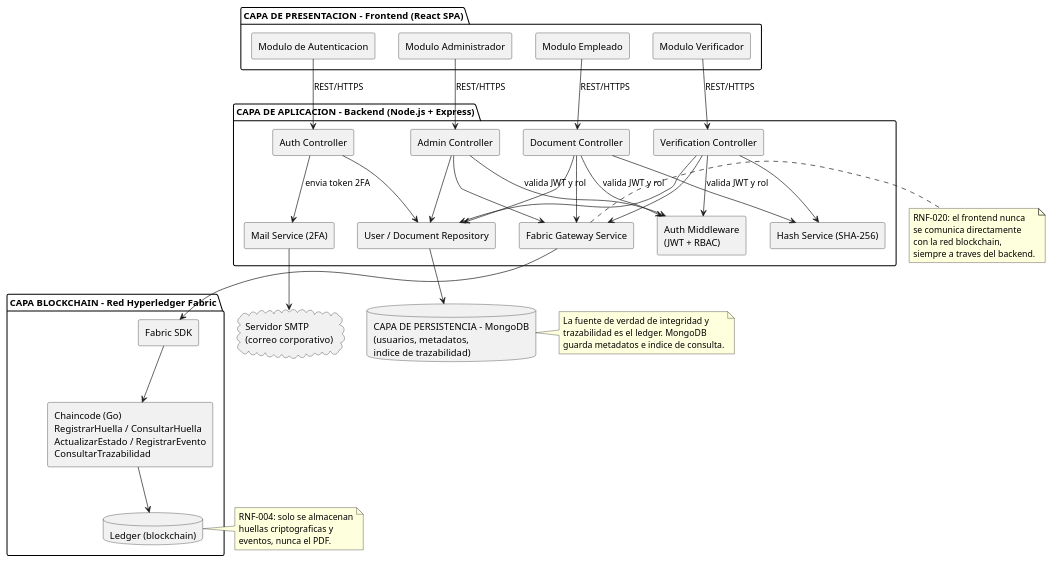
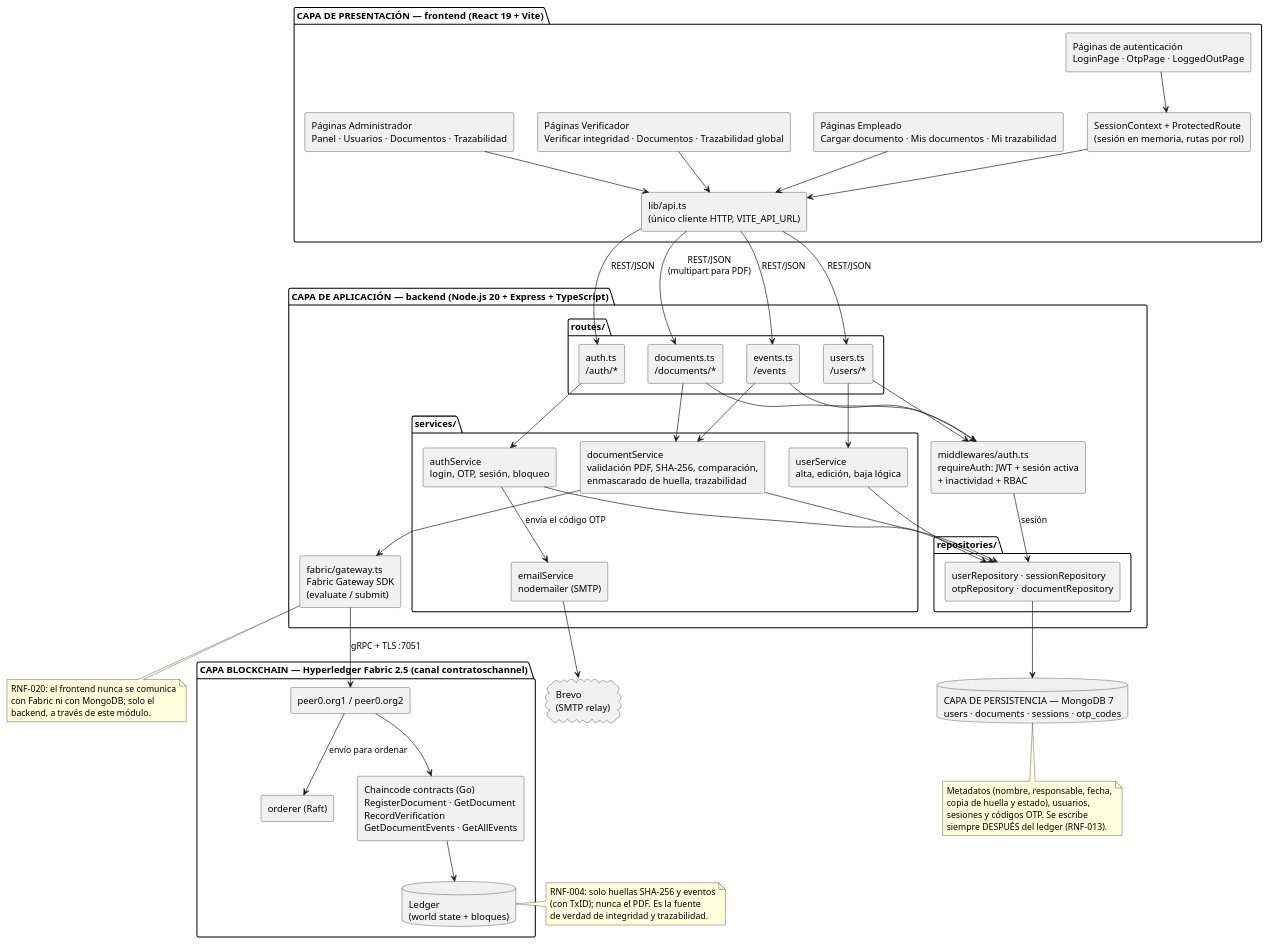
Before and after one commit to swummen/Blockchain_Contratos: the diagram in docs/uml/01-diagrama-componentes.puml, drawn with PlantUML. The commit also changed 9 other files, not shown here.

Commit message:
uml corregido

```diff
--- a/docs/uml/01-diagrama-componentes.puml
+++ b/docs/uml/01-diagrama-componentes.puml
@@ -1,75 +1,94 @@
 @startuml 01-diagrama-componentes
 skinparam componentStyle rectangle
 
-package "CAPA DE PRESENTACION - Frontend (React SPA)" {
-  [Modulo de Autenticacion] as UI_Auth
-  [Modulo Empleado] as UI_Empleado
-  [Modulo Verificador] as UI_Verificador
-  [Modulo Administrador] as UI_Admin
+package "CAPA DE PRESENTACIÓN — frontend (React 19 + Vite)" {
+  [Páginas de autenticación\nLoginPage · OtpPage · LoggedOutPage] as UI_Auth
+  [Páginas Empleado\nCargar documento · Mis documentos · Mi trazabilidad] as UI_Empleado
+  [Páginas Verificador\nVerificar integridad · Documentos · Trazabilidad global] as UI_Verificador
+  [Páginas Administrador\nPanel · Usuarios · Documentos · Trazabilidad] as UI_Admin
+  [SessionContext + ProtectedRoute\n(sesión en memoria, rutas por rol)] as UI_Session
+  [lib/api.ts\n(único cliente HTTP, VITE_API_URL)] as UI_Api
 }
 
-package "CAPA DE APLICACION - Backend (Node.js + Express)" {
-  [Auth Controller] as C_Auth
-  [Document Controller] as C_Doc
-  [Verification Controller] as C_Verif
-  [Admin Controller] as C_Admin
-  [Hash Service (SHA-256)] as S_Hash
-  [Fabric Gateway Service] as S_Fabric
-  [User / Document Repository] as S_Repo
-  [Auth Middleware\n(JWT + RBAC)] as S_AuthMW
-  [Mail Service (2FA)] as S_Mail
+package "CAPA DE APLICACIÓN — backend (Node.js 20 + Express + TypeScript)" {
+  package "routes/" {
+    [auth.ts\n/auth/*] as R_Auth
+    [documents.ts\n/documents/*] as R_Docs
+    [events.ts\n/events] as R_Events
+    [users.ts\n/users/*] as R_Users
+  }
+  [middlewares/auth.ts\nrequireAuth: JWT + sesión activa\n+ inactividad + RBAC] as MW
+  package "services/" {
+    [authService\nlogin, OTP, sesión, bloqueo] as S_Auth
+    [documentService\nvalidación PDF, SHA-256, comparación,\nenmascarado de huella, trazabilidad] as S_Doc
+    [userService\nalta, edición, baja lógica] as S_User
+    [emailService\nnodemailer (SMTP)] as S_Mail
+  }
+  package "repositories/" {
+    [userRepository · sessionRepository\notpRepository · documentRepository] as Repo
+  }
+  [fabric/gateway.ts\nFabric Gateway SDK\n(evaluate / submit)] as GW
 }
 
-database "CAPA DE PERSISTENCIA - MongoDB\n(usuarios, metadatos,\nindice de trazabilidad)" as DB
+database "CAPA DE PERSISTENCIA — MongoDB 7\nusers · documents · sessions · otp_codes" as DB
 
-package "CAPA BLOCKCHAIN - Red Hyperledger Fabric" {
-  [Fabric SDK] as SDK
-  [Chaincode (Go)\nRegistrarHuella / ConsultarHuella\nActualizarEstado / RegistrarEvento\nConsultarTrazabilidad] as CC
-  database "Ledger (blockchain)" as Ledger
+package "CAPA BLOCKCHAIN — Hyperledger Fabric 2.5 (canal contratoschannel)" {
+  [peer0.org1 / peer0.org2] as Peer
+  [Chaincode contracts (Go)\nRegisterDocument · GetDocument\nRecordVerification\nGetDocumentEvents · GetAllEvents] as CC
+  database "Ledger\n(world state + bloques)" as Ledger
+  [orderer (Raft)] as Orderer
 }
 
-cloud "Servidor SMTP\n(correo corporativo)" as SMTP
-UI_Auth --> C_Auth : REST/HTTPS
-UI_Empleado --> C_Doc : REST/HTTPS
-UI_Verificador --> C_Verif : REST/HTTPS
-UI_Admin --> C_Admin : REST/HTTPS
+cloud "Brevo\n(SMTP relay)" as Brevo
 
-C_Auth --> S_Repo
-C_Doc --> S_Hash
-C_Doc --> S_Fabric
-C_Doc --> S_Repo
-C_Verif --> S_Hash
-C_Verif --> S_Fabric
-C_Verif --> S_Repo
-C_Admin --> S_Repo
-C_Admin --> S_Fabric
-C_Auth --> S_Mail : envia token 2FA
-S_Mail --> SMTP
-C_Doc --> S_AuthMW : valida JWT y rol
-C_Verif --> S_AuthMW : valida JWT y rol
-C_Admin --> S_AuthMW : valida JWT y rol
+UI_Auth --> UI_Session
+UI_Empleado --> UI_Api
+UI_Verificador --> UI_Api
+UI_Admin --> UI_Api
+UI_Session --> UI_Api
+UI_Api --> R_Auth : REST/JSON
+UI_Api --> R_Docs : REST/JSON\n(multipart para PDF)
+UI_Api --> R_Events : REST/JSON
+UI_Api --> R_Users : REST/JSON
 
-S_Repo --> DB
-S_Fabric --> SDK
-SDK --> CC
+R_Auth --> S_Auth
+R_Docs --> MW
+R_Events --> MW
+R_Users --> MW
+R_Docs --> S_Doc
+R_Events --> S_Doc
+R_Users --> S_User
+
+S_Auth --> S_Mail : envía el código OTP
+S_Auth --> Repo
+S_Doc --> Repo
+S_Doc --> GW
+S_User --> Repo
+MW --> Repo : sesión
+
+S_Mail --> Brevo
+Repo --> DB
+GW --> Peer : gRPC + TLS :7051
+Peer --> CC
 CC --> Ledger
+Peer --> Orderer : envío para ordenar
 
-note right of S_Fabric
-  RNF-020: el frontend nunca
-  se comunica directamente
-  con la red blockchain,
-  siempre a traves del backend.
+note bottom of GW
+  RNF-020: el frontend nunca se comunica
+  con Fabric ni con MongoDB; solo el
+  backend, a través de este módulo.
 end note
 
 note right of Ledger
-  RNF-004: solo se almacenan
-  huellas criptograficas y
-  eventos, nunca el PDF.
+  RNF-004: solo huellas SHA-256 y eventos
+  (con TxID); nunca el PDF. Es la fuente
+  de verdad de integridad y trazabilidad.
 end note
 
-note right of DB
-  La fuente de verdad de integridad y
-  trazabilidad es el ledger. MongoDB
-  guarda metadatos e indice de consulta.
+note bottom of DB
+  Metadatos (nombre, responsable, fecha,
+  copia de huella y estado), usuarios,
+  sesiones y códigos OTP. Se escribe
+  siempre DESPUÉS del ledger (RNF-013).
 end note
 @enduml
```
